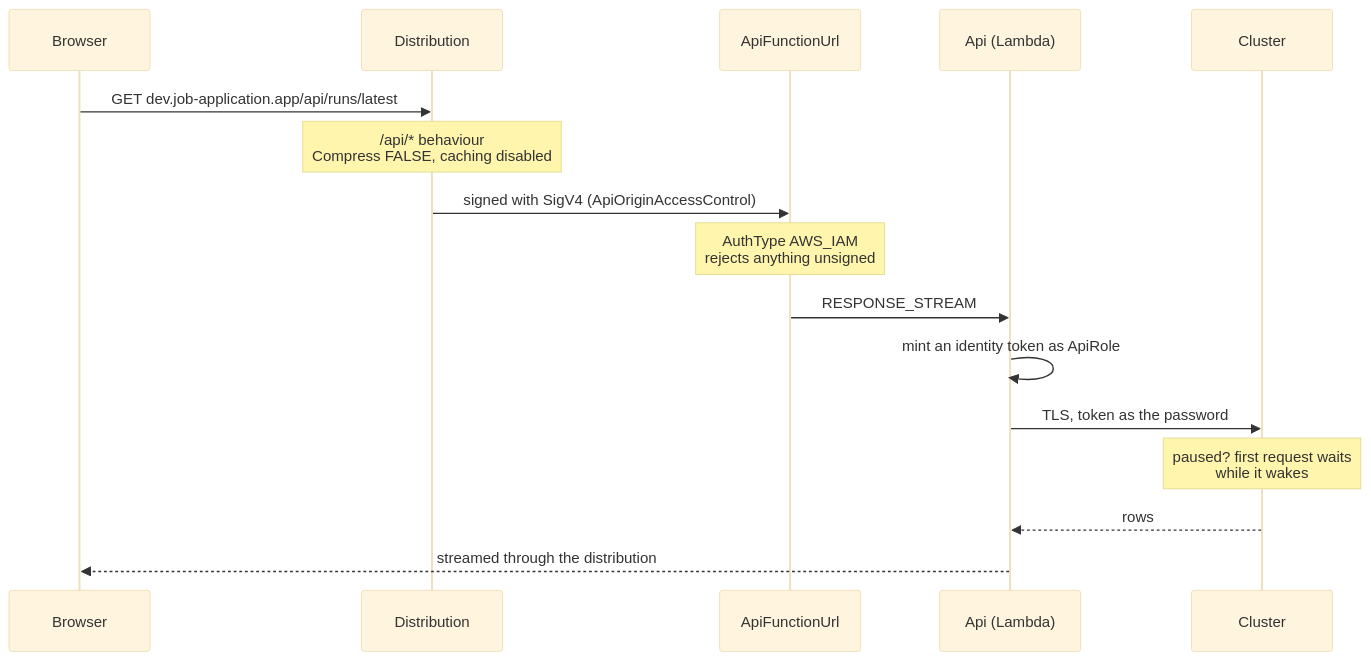
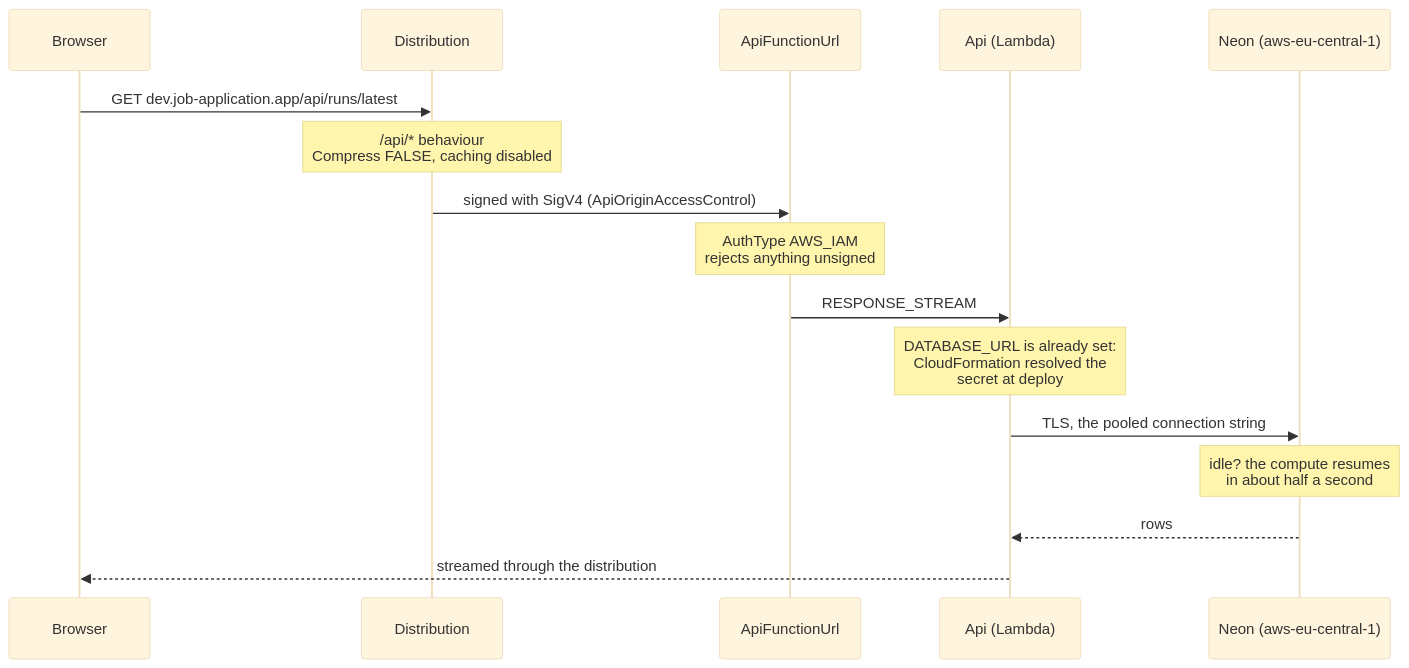
One commit to Ovich/job-application-ai changed the fourth of 5 diagrams in infra/architecture.md. Above: the diagram before and after it, drawn with Mermaid (base theme). The commit also changed other lines of this file and 2 other files, not shown here.

````diff
--- a/infra/architecture.md
+++ b/infra/architecture.md
@@ -328,18 +333,18 @@
 ```mermaid
 sequenceDiagram
   participant B as Browser
   participant D as Distribution
   participant U as ApiFunctionUrl
   participant F as Api (Lambda)
-  participant C as Cluster
+  participant C as Neon (aws-eu-central-1)
   B->>D: GET dev.job-application.app/api/runs/latest
   Note over D: /api/* behaviour<br/>Compress FALSE, caching disabled
   D->>U: signed with SigV4 (ApiOriginAccessControl)
   Note over U: AuthType AWS_IAM<br/>rejects anything unsigned
   U->>F: RESPONSE_STREAM
-  F->>F: mint an identity token as ApiRole
-  F->>C: TLS, token as the password
-  Note over C: paused? first request waits<br/>while it wakes
+  Note over F: DATABASE_URL is already set:<br/>CloudFormation resolved the<br/>secret at deploy
+  F->>C: TLS, the pooled connection string
+  Note over C: idle? the compute resumes<br/>in about half a second
   C-->>F: rows
   F-->>B: streamed through the distribution
 ```
````
